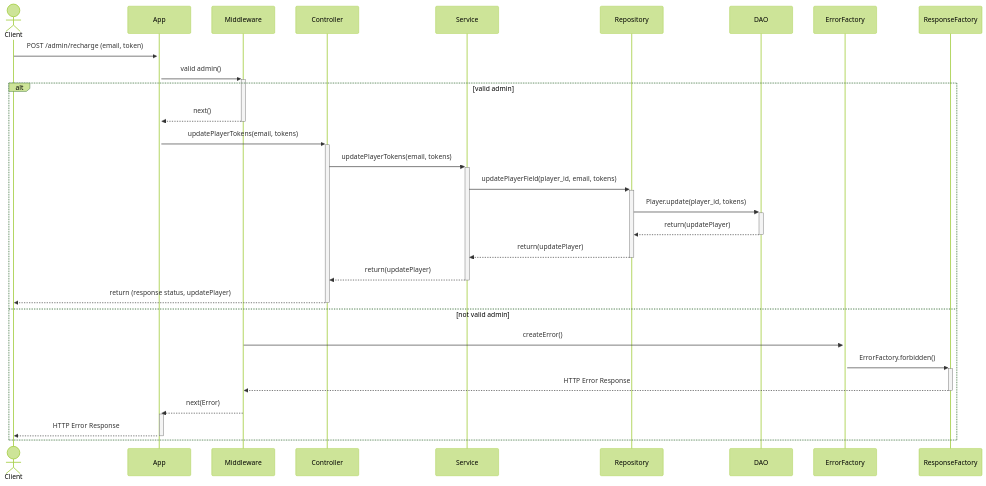
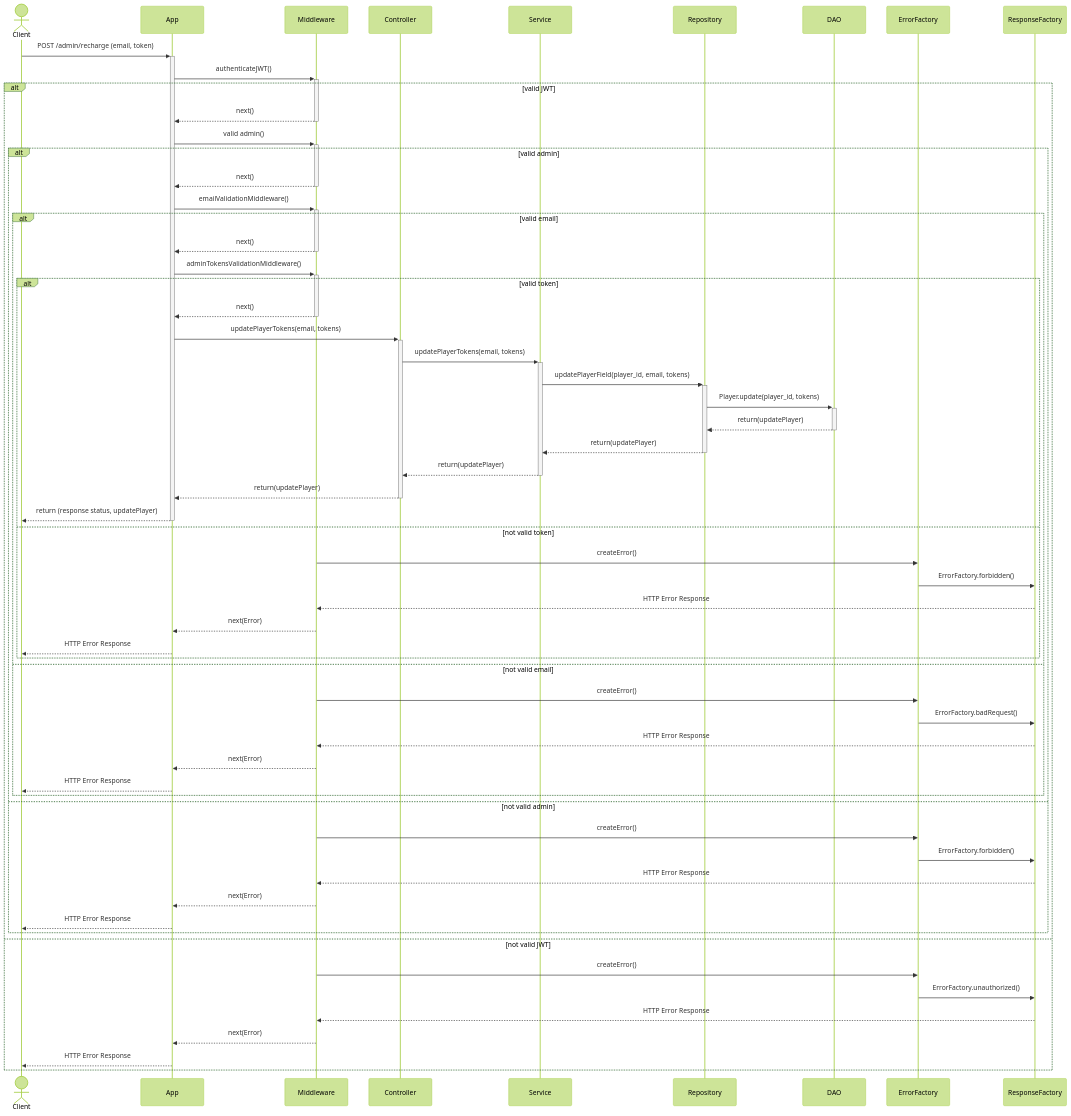
One commit to nicolobartolinii/chess-backend changed the second of 3 diagrams in README.md. Above: the diagram before and after it, drawn with Mermaid (forest theme). The commit also changed other lines of this file, not shown here.

````diff
--- a/README.md
+++ b/README.md
@@ -70,35 +68,63 @@
 ```mermaid
 sequenceDiagram
     actor Client
     participant App
     participant Middleware
     participant Controller
     participant Service
     participant Repository
     participant DAO
     participant ErrorFactory
     participant ResponseFactory
 
     Client->>+App: POST /admin/recharge (email, token)
-    App->>+Middleware: valid admin()
-    alt valid admin
+    App->>+Middleware: authenticateJWT()
+    alt valid JWT
         Middleware-->>-App: next()
-        App->>+Controller: updatePlayerTokens(email, tokens)
-        Controller->>+Service: updatePlayerTokens(email, tokens)
-        Service->>+Repository: updatePlayerField(player_id, email, tokens)
-        Repository->>+DAO: Player.update(player_id, tokens)
-        DAO-->>-Repository: return(updatePlayer)
-        Repository-->>-Service: return(updatePlayer)
-        Service-->>-Controller: return(updatePlayer)
-        Controller-->>-Client: return (response status, updatePlayer)
-        
-  
-    else not valid admin
-        Middleware->>+ErrorFactory: createError()
-        ErrorFactory->>+ResponseFactory: ErrorFactory.forbidden()
-        ResponseFactory-->>-Middleware: HTTP Error Response
-        Middleware-->>+App: next(Error)
-        App-->>-Client: HTTP Error Response
+        App->>+Middleware: valid admin()
+        alt valid admin
+            Middleware-->>-App: next()
+            App->>+Middleware: emailValidationMiddleware()
+            alt valid email
+                Middleware-->>-App: next()
+                App->>+Middleware: adminTokensValidationMiddleware()
+                alt valid token
+                    Middleware-->>-App: next()
+                    App->>+Controller: updatePlayerTokens(email, tokens)
+                    Controller->>+Service: updatePlayerTokens(email, tokens)
+                    Service->>+Repository: updatePlayerField(player_id, email, tokens)
+                    Repository->>+DAO: Player.update(player_id, tokens)
+                    DAO-->>-Repository: return(updatePlayer)
+                    Repository-->>-Service: return(updatePlayer)
+                    Service-->>-Controller: return(updatePlayer)
+                    Controller-->>-App: return(updatePlayer)
+                    App-->>-Client: return (response status, updatePlayer)
+                else not valid token
+                    Middleware->>ErrorFactory: createError()
+                    ErrorFactory->>ResponseFactory: ErrorFactory.forbidden()
+                    ResponseFactory-->>Middleware: HTTP Error Response
+                    Middleware-->>App: next(Error)
+                    App-->>Client: HTTP Error Response
+                end
+            else not valid email
+                Middleware->>ErrorFactory: createError()
+                ErrorFactory->>ResponseFactory: ErrorFactory.badRequest()
+                ResponseFactory-->>Middleware: HTTP Error Response
+                Middleware-->>App: next(Error)
+                App-->>Client: HTTP Error Response
+            end
+        else not valid admin
+            Middleware->>ErrorFactory: createError()
+            ErrorFactory->>ResponseFactory: ErrorFactory.forbidden()
+            ResponseFactory-->>Middleware: HTTP Error Response
+            Middleware-->>App: next(Error)
+            App-->>Client: HTTP Error Response
+        end
+    else not valid JWT
+        Middleware->>ErrorFactory: createError()
+        ErrorFactory->>ResponseFactory: ErrorFactory.unauthorized()
+        ResponseFactory-->>Middleware: HTTP Error Response
+        Middleware-->>App: next(Error)
+        App-->>Client: HTTP Error Response
     end
-
 ```
````
